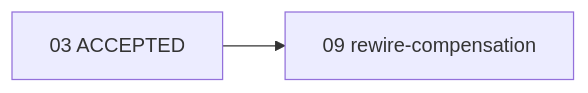
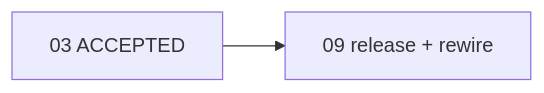
Before and after one commit to 6ixGODD/mine-is-not-everyones: the diagram in docs/plan/09-execution-graph-compensation-rewiring.md, drawn with Mermaid. The commit also changed other lines of this file, not shown here.

First line of the commit message:
docs(plan-09): amend to own plan release and compensation rewiring

````diff
--- a/docs/plan/09-execution-graph-compensation-rewiring.md
+++ b/docs/plan/09-execution-graph-compensation-rewiring.md
@@ -189,4 +284,4 @@
 ```mermaid
 flowchart LR
-  03[03 ACCEPTED] --> 09[09 rewire-compensation]
+  03[03 ACCEPTED] --> 09[09 release + rewire]
 ```
````
